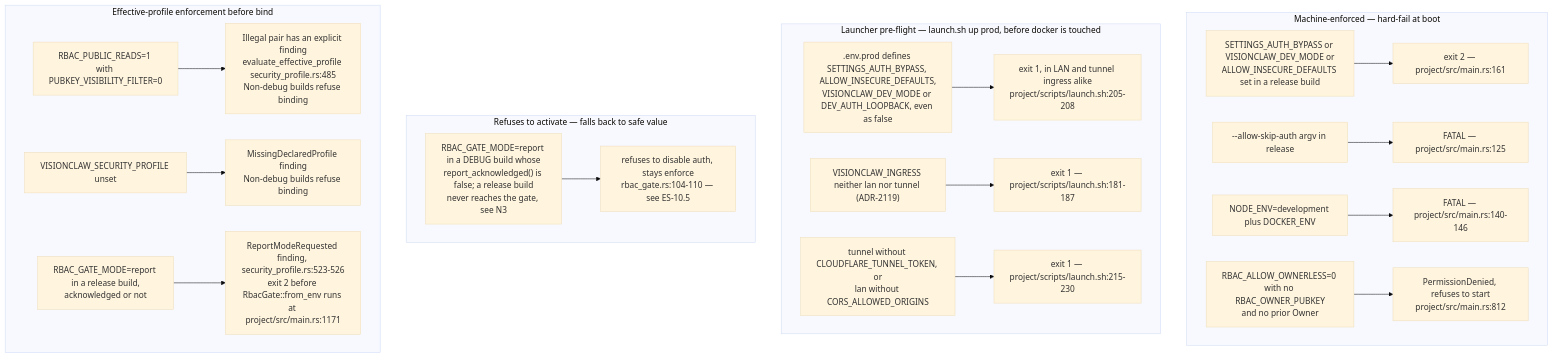
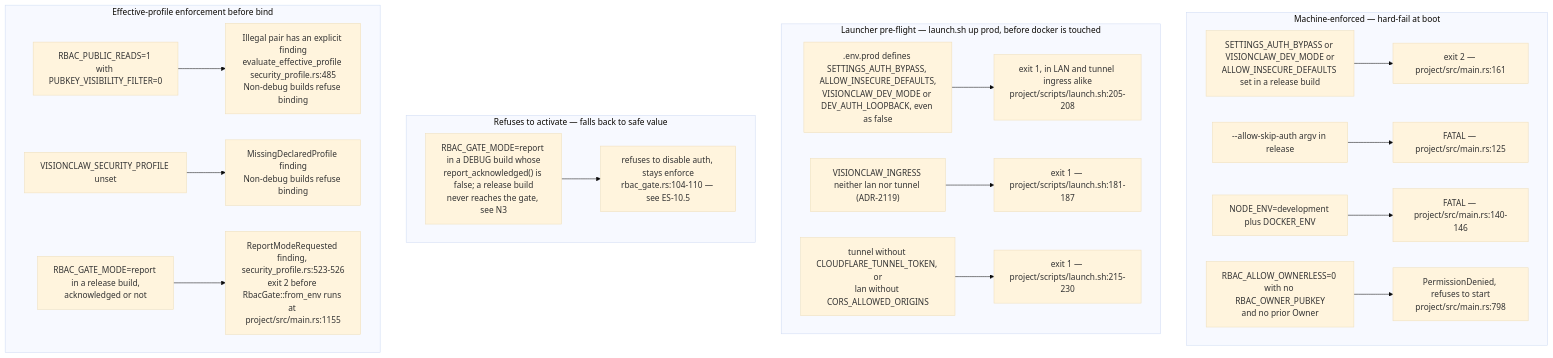
Before and after one commit to DreamLab-AI/VisionFlow: the fourth of 11 diagrams in docs/diagrams/estate/10-deployment-and-security-profiles.md, drawn with Mermaid (base theme). The commit also changed other lines of this file and 5 other files, not shown here.

````diff
--- a/docs/diagrams/estate/10-deployment-and-security-profiles.md
+++ b/docs/diagrams/estate/10-deployment-and-security-profiles.md
@@ -186,45 +188,45 @@
 ```mermaid
 flowchart TB
     subgraph hard["Machine-enforced — hard-fail at boot"]
         H1["SETTINGS_AUTH_BYPASS or VISIONCLAW_DEV_MODE or<br/>ALLOW_INSECURE_DEFAULTS set in a release build"]
         H1E["exit 2 — project/src/main.rs:161"]
         H2["--allow-skip-auth argv in release"]
         H2E["FATAL — project/src/main.rs:125"]
         H3["NODE_ENV=development plus DOCKER_ENV"]
         H3E["FATAL — project/src/main.rs:140-146"]
         H4["RBAC_ALLOW_OWNERLESS=0 with no RBAC_OWNER_PUBKEY<br/>and no prior Owner"]
-        H4E["PermissionDenied, refuses to start<br/>project/src/main.rs:812"]
+        H4E["PermissionDenied, refuses to start<br/>project/src/main.rs:798"]
     end
     subgraph launcher["Launcher pre-flight — launch.sh up prod, before docker is touched"]
         P1[".env.prod defines SETTINGS_AUTH_BYPASS, ALLOW_INSECURE_DEFAULTS,<br/>VISIONCLAW_DEV_MODE or DEV_AUTH_LOOPBACK, even as false"]
         P1E["exit 1, in LAN and tunnel ingress alike<br/>project/scripts/launch.sh:205-208"]
         P2["VISIONCLAW_INGRESS neither lan nor tunnel (ADR-2119)"]
         P2E["exit 1 — project/scripts/launch.sh:181-187"]
         P3["tunnel without CLOUDFLARE_TUNNEL_TOKEN, or<br/>lan without CORS_ALLOWED_ORIGINS"]
         P3E["exit 1 — project/scripts/launch.sh:215-230"]
     end
     subgraph soft["Refuses to activate — falls back to safe value"]
         S1["RBAC_GATE_MODE=report in a DEBUG build whose<br/>report_acknowledged() is false; a release build<br/>never reaches the gate, see N3"]
         S1E["refuses to disable auth, stays enforce<br/>rbac_gate.rs:104-110 — see ES-10.5"]
     end
     subgraph none["Effective-profile enforcement before bind"]
         N1["RBAC_PUBLIC_READS=1 with PUBKEY_VISIBILITY_FILTER=0"]
         N1E["Illegal pair has an explicit finding<br/>evaluate_effective_profile security_profile.rs:485<br/>Non-debug builds refuse binding"]
         N2["VISIONCLAW_SECURITY_PROFILE unset"]
         N2E["MissingDeclaredProfile finding<br/>Non-debug builds refuse binding"]
         N3["RBAC_GATE_MODE=report in a release build,<br/>acknowledged or not"]
-        N3E["ReportModeRequested finding, security_profile.rs:523-526<br/>exit 2 before RbacGate::from_env runs at project/src/main.rs:1171"]
+        N3E["ReportModeRequested finding, security_profile.rs:523-526<br/>exit 2 before RbacGate::from_env runs at project/src/main.rs:1155"]
     end
 
     H1 --> H1E
     H2 --> H2E
     H3 --> H3E
     H4 --> H4E
     S1 --> S1E
     P1 --> P1E
     P2 --> P2E
     P3 --> P3E
     N1 --> N1E
     N2 --> N2E
     N3 --> N3E
 ```
````
